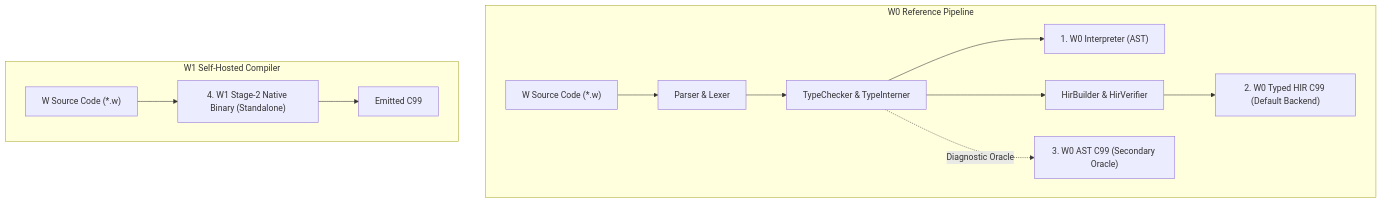
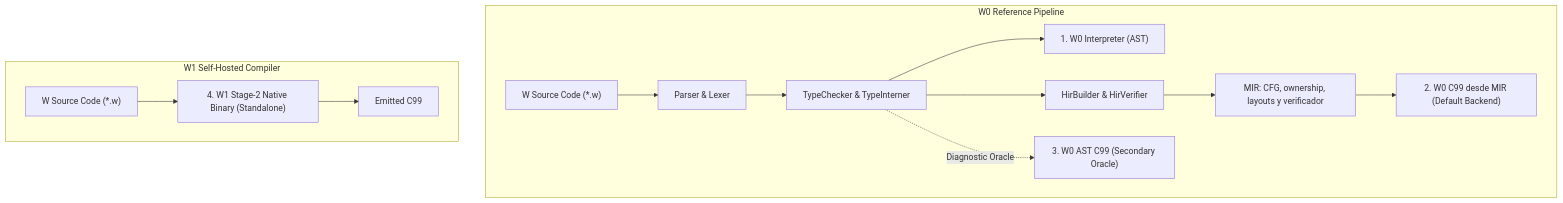
One commit to WashingtonYandun/W changed the diagram in docs/ENGINE_PARITY_MATRIX.md. Above: the diagram before and after it, drawn with Mermaid. The commit also changed other lines of this file and 41 other files, not shown here.

Commit message:
Lower verified HIR to MIR and specialize scalar execution

````diff
--- a/docs/ENGINE_PARITY_MATRIX.md
+++ b/docs/ENGINE_PARITY_MATRIX.md
@@ -11,16 +11,17 @@
 ```mermaid
 flowchart TD
     subgraph W0 Reference Pipeline [W0 Reference Pipeline]
         SRC["W Source Code (*.w)"] --> P["Parser & Lexer"]
         P --> TC["TypeChecker & TypeInterner"]
         TC --> INTERP["1. W0 Interpreter (AST)"]
         TC --> HIR["HirBuilder & HirVerifier"]
-        HIR --> HIR_C["2. W0 Typed HIR C99 (Default Backend)"]
+        HIR --> MIR["MIR: CFG, ownership, layouts y verificador"]
+        MIR --> HIR_C["2. W0 C99 desde MIR (Default Backend)"]
         TC -.->|Diagnostic Oracle| AST_C["3. W0 AST C99 (Secondary Oracle)"]
     end
 
     subgraph W1 Self-Hosted Pipeline [W1 Self-Hosted Compiler]
         SRC2["W Source Code (*.w)"] --> W1_BIN["4. W1 Stage-2 Native Binary (Standalone)"]
         W1_BIN --> NATIVE_C["Emitted C99"]
     end
 ```
````
